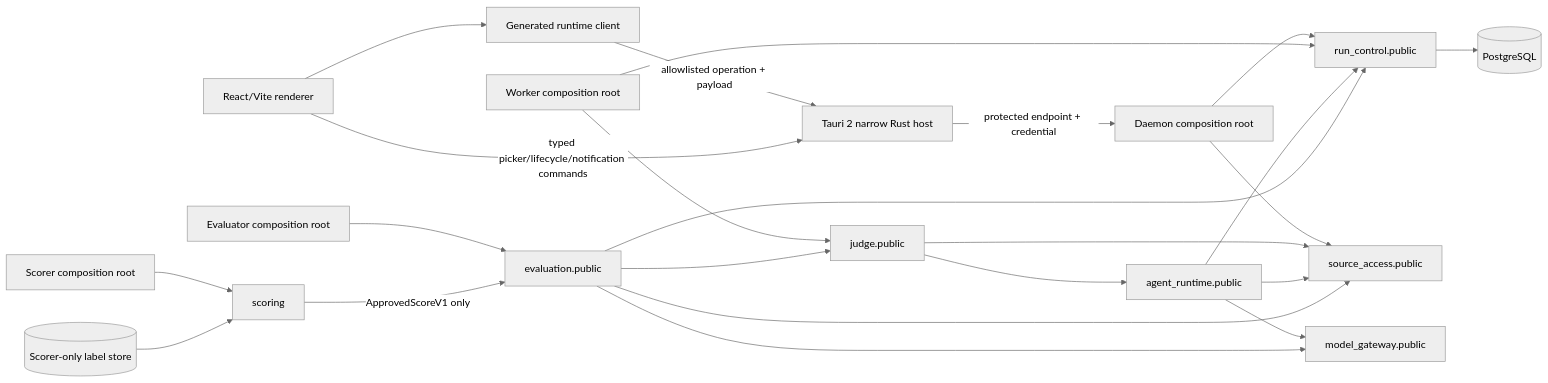
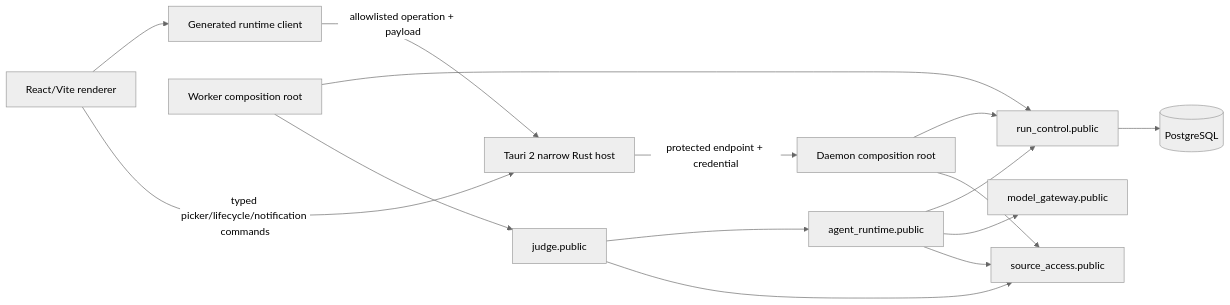
Before and after one commit to DATN-K23/harness: the second of 4 diagrams in blueprint/architecture/system-overview.md, drawn with Mermaid (neutral theme). The commit also changed other lines of this file and 7 other files, not shown here.

Commit message:
docs(blueprint): update blueprint files to reflect new monorepo architecture

````diff
--- a/blueprint/architecture/system-overview.md
+++ b/blueprint/architecture/system-overview.md
@@ -64,25 +59,17 @@
 ```mermaid
 flowchart LR
   UI[React/Vite renderer] --> GC[Generated runtime client]
   GC -->|allowlisted operation + payload| TAURI[Tauri 2 narrow Rust host]
   UI -->|typed picker/lifecycle/notification commands| TAURI
   TAURI -->|protected endpoint + credential| DAEMON[Daemon composition root]
   DAEMON --> RC[run_control.public]
   DAEMON --> SA[source_access.public]
   WORKER[Worker composition root] --> RC
   WORKER --> J[judge.public]
   J --> AR[agent_runtime.public]
   J --> SA
   AR --> RC
   AR --> MG[model_gateway.public]
   AR --> SA
-  EVALROOT[Evaluator composition root] --> EV[evaluation.public]
-  EV --> RC
-  EV --> J
-  EV --> MG
-  EV --> SA
-  SCORER[Scorer composition root] --> SC[scoring]
-  SC -->|ApprovedScoreV1 only| EV[evaluation.public]
-  GT[(Scorer-only label store)] --> SC
   RC --> PG[(PostgreSQL)]
 ```
````
